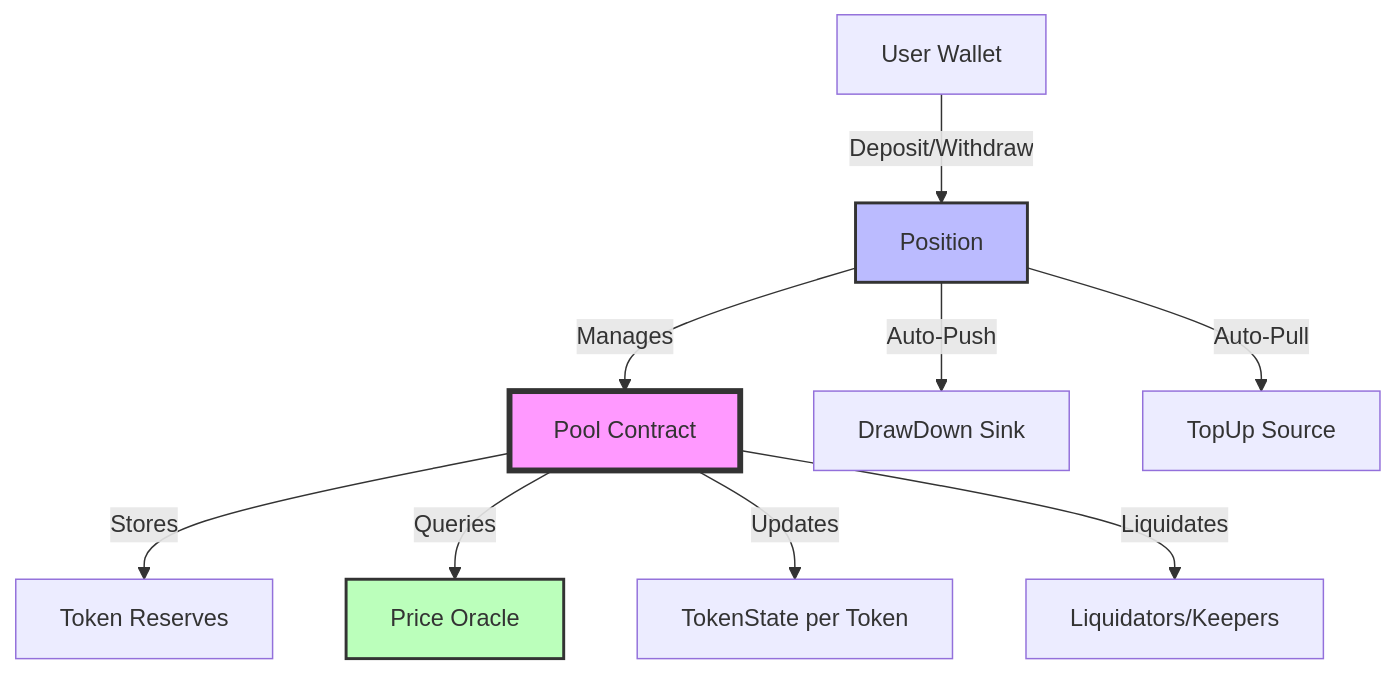
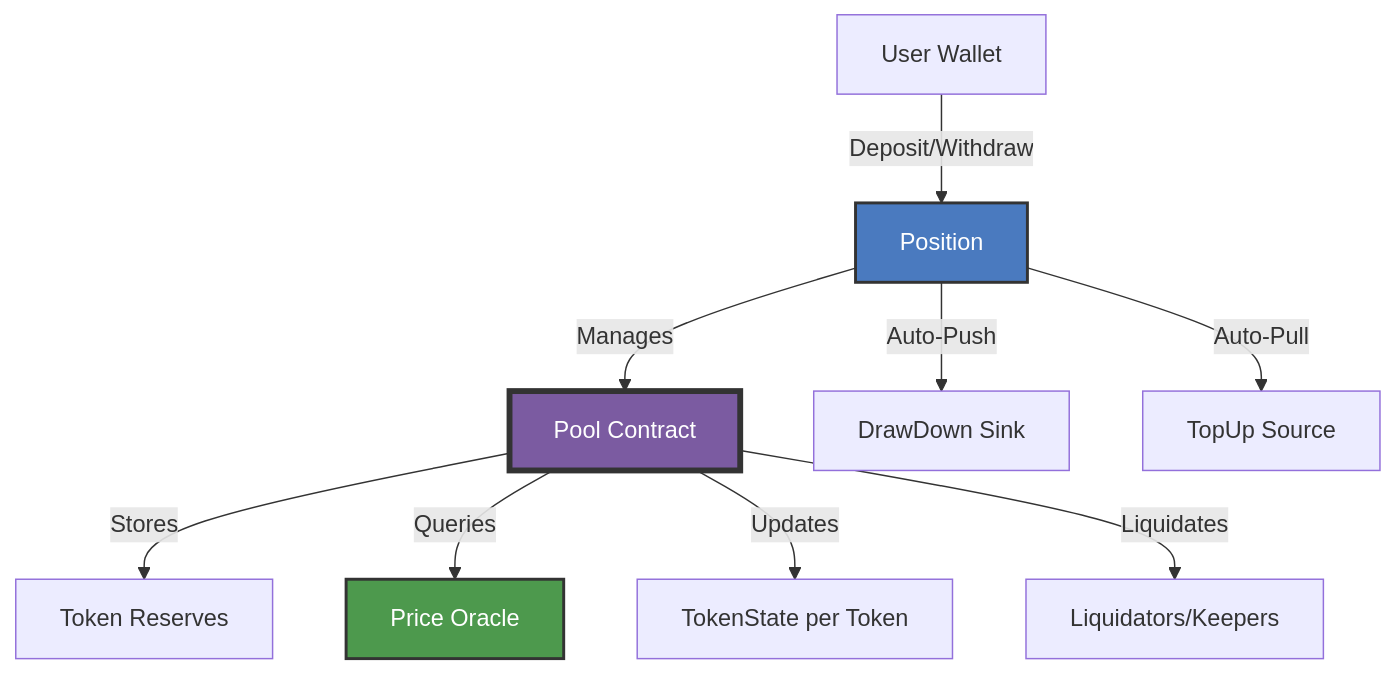
The fourth of 7 diagrams in docs/defi/alp/architecture.md (onflow/docs), drawn with Mermaid before and after one commit. The commit also changed other lines of this file and 12 other files, not shown here.

````diff
--- a/docs/defi/alp/architecture.md
+++ b/docs/defi/alp/architecture.md
@@ -177,15 +177,15 @@
 ```mermaid
 graph TB
     User[User Wallet] -->|Deposit/Withdraw| Position[Position]
     Position -->|Manages| Pool[Pool Contract]
     Pool -->|Stores| Reserves[Token Reserves]
     Pool -->|Queries| Oracle[Price Oracle]
     Pool -->|Updates| TokenState[TokenState per Token]
     Position -->|Auto-Push| Sink[DrawDown Sink]
     Position -->|Auto-Pull| Source[TopUp Source]
     Pool -->|Liquidates| Liquidator[Liquidators/Keepers]
 
-    style Pool fill:#f9f,stroke:#333,stroke-width:4px
-    style Position fill:#bbf,stroke:#333,stroke-width:2px
-    style Oracle fill:#bfb,stroke:#333,stroke-width:2px
+    style Pool fill:#7b5ba1,stroke:#333,stroke-width:4px,color:#fff
+    style Position fill:#4a7abf,stroke:#333,stroke-width:2px,color:#fff
+    style Oracle fill:#4d994d,stroke:#333,stroke-width:2px,color:#fff
 ```
````
